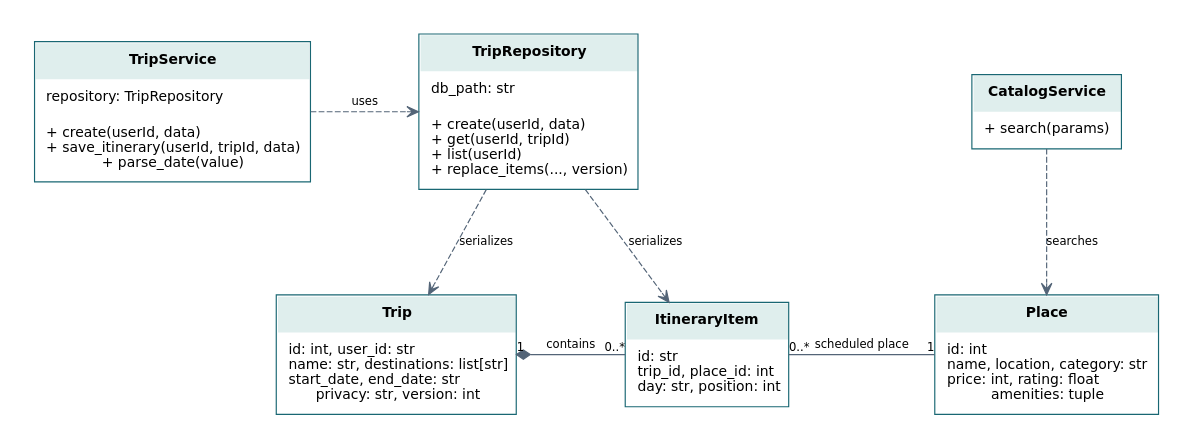
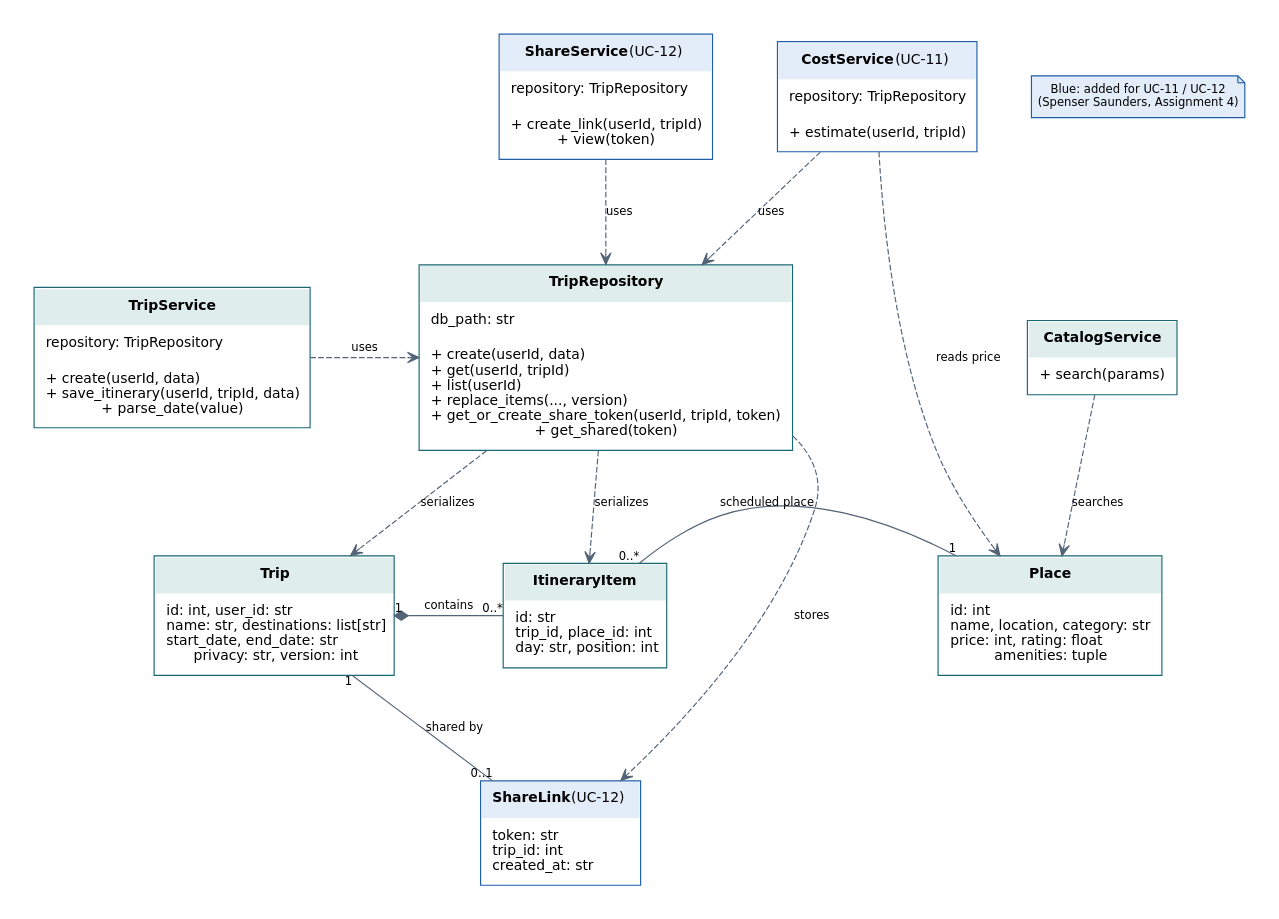
One commit to ArshiyaFathimaAK/Hermes changed the diagram in modules/trip-planning/docs/design_classes.dot. Above: the diagram before and after it, drawn with Graphviz. The commit also changed 21 other files, not shown here.

First line of the commit message:
Add UC-11 trip cost estimate and UC-12 share link

```diff
--- a/modules/trip-planning/docs/design_classes.dot
+++ b/modules/trip-planning/docs/design_classes.dot
@@ -1,19 +1,29 @@
 digraph Hermes {
 graph [rankdir=TB,bgcolor="white",nodesep=0.65,ranksep=1.1,pad=0.3];
 node [shape=plain,fontname="DejaVu Sans",fontsize=12];
 edge [fontname="DejaVu Sans",fontsize=10,color="#536477"];
 CatalogService [label=<<TABLE BORDER="1" CELLBORDER="0" CELLSPACING="0" CELLPADDING="9" COLOR="#196773"><TR><TD BGCOLOR="#dfeeed"><B>CatalogService</B></TD></TR><TR><TD ALIGN="LEFT">+ search(params)</TD></TR></TABLE>>];
 TripService [label=<<TABLE BORDER="1" CELLBORDER="0" CELLSPACING="0" CELLPADDING="9" COLOR="#196773"><TR><TD BGCOLOR="#dfeeed"><B>TripService</B></TD></TR><TR><TD ALIGN="LEFT">repository: TripRepository</TD></TR><TR><TD ALIGN="LEFT">+ create(userId, data)<BR ALIGN="LEFT"/>+ save_itinerary(userId, tripId, data)<BR ALIGN="LEFT"/>+ parse_date(value)</TD></TR></TABLE>>];
-TripRepository [label=<<TABLE BORDER="1" CELLBORDER="0" CELLSPACING="0" CELLPADDING="9" COLOR="#196773"><TR><TD BGCOLOR="#dfeeed"><B>TripRepository</B></TD></TR><TR><TD ALIGN="LEFT">db_path: str</TD></TR><TR><TD ALIGN="LEFT">+ create(userId, data)<BR ALIGN="LEFT"/>+ get(userId, tripId)<BR ALIGN="LEFT"/>+ list(userId)<BR ALIGN="LEFT"/>+ replace_items(..., version)</TD></TR></TABLE>>];
+TripRepository [label=<<TABLE BORDER="1" CELLBORDER="0" CELLSPACING="0" CELLPADDING="9" COLOR="#196773"><TR><TD BGCOLOR="#dfeeed"><B>TripRepository</B></TD></TR><TR><TD ALIGN="LEFT">db_path: str</TD></TR><TR><TD ALIGN="LEFT">+ create(userId, data)<BR ALIGN="LEFT"/>+ get(userId, tripId)<BR ALIGN="LEFT"/>+ list(userId)<BR ALIGN="LEFT"/>+ replace_items(..., version)<BR ALIGN="LEFT"/>+ get_or_create_share_token(userId, tripId, token)<BR ALIGN="LEFT"/>+ get_shared(token)</TD></TR></TABLE>>];
 Place [label=<<TABLE BORDER="1" CELLBORDER="0" CELLSPACING="0" CELLPADDING="9" COLOR="#196773"><TR><TD BGCOLOR="#dfeeed"><B>Place</B></TD></TR><TR><TD ALIGN="LEFT">id: int<BR ALIGN="LEFT"/>name, location, category: str<BR ALIGN="LEFT"/>price: int, rating: float<BR ALIGN="LEFT"/>amenities: tuple</TD></TR></TABLE>>];
 ItineraryItem [label=<<TABLE BORDER="1" CELLBORDER="0" CELLSPACING="0" CELLPADDING="9" COLOR="#196773"><TR><TD BGCOLOR="#dfeeed"><B>ItineraryItem</B></TD></TR><TR><TD ALIGN="LEFT">id: str<BR ALIGN="LEFT"/>trip_id, place_id: int<BR ALIGN="LEFT"/>day: str, position: int</TD></TR></TABLE>>];
 Trip [label=<<TABLE BORDER="1" CELLBORDER="0" CELLSPACING="0" CELLPADDING="9" COLOR="#196773"><TR><TD BGCOLOR="#dfeeed"><B>Trip</B></TD></TR><TR><TD ALIGN="LEFT">id: int, user_id: str<BR ALIGN="LEFT"/>name: str, destinations: list[str]<BR ALIGN="LEFT"/>start_date, end_date: str<BR ALIGN="LEFT"/>privacy: str, version: int</TD></TR></TABLE>>];
 {rank=same; CatalogService; TripService; TripRepository;}
 {rank=same; Place; ItineraryItem; Trip;}
 CatalogService -> Place [style=dashed,label="searches",arrowhead=open];
 TripService -> TripRepository [style=dashed,label="uses",arrowhead=open];
 TripRepository -> Trip [style=dashed,label="serializes",arrowhead=open];
 TripRepository -> ItineraryItem [style=dashed,label="serializes",arrowhead=open];
 Trip -> ItineraryItem [dir=both,arrowtail=diamond,arrowhead=none,taillabel="1",headlabel="0..*",label="contains"];
 ItineraryItem -> Place [dir=none,taillabel="0..*",headlabel="1",label="scheduled place"];
+CostService [label=<<TABLE BORDER="1" CELLBORDER="0" CELLSPACING="0" CELLPADDING="9" COLOR="#1F5FA8"><TR><TD BGCOLOR="#e3ecf9"><B>CostService</B> (UC-11)</TD></TR><TR><TD ALIGN="LEFT">repository: TripRepository</TD></TR><TR><TD ALIGN="LEFT">+ estimate(userId, tripId)</TD></TR></TABLE>>];
+ShareService [label=<<TABLE BORDER="1" CELLBORDER="0" CELLSPACING="0" CELLPADDING="9" COLOR="#1F5FA8"><TR><TD BGCOLOR="#e3ecf9"><B>ShareService</B> (UC-12)</TD></TR><TR><TD ALIGN="LEFT">repository: TripRepository</TD></TR><TR><TD ALIGN="LEFT">+ create_link(userId, tripId)<BR ALIGN="LEFT"/>+ view(token)</TD></TR></TABLE>>];
+ShareLink [label=<<TABLE BORDER="1" CELLBORDER="0" CELLSPACING="0" CELLPADDING="9" COLOR="#1F5FA8"><TR><TD BGCOLOR="#e3ecf9"><B>ShareLink</B> (UC-12)</TD></TR><TR><TD ALIGN="LEFT">token: str<BR ALIGN="LEFT"/>trip_id: int<BR ALIGN="LEFT"/>created_at: str</TD></TR></TABLE>>];
+Legend [shape=note,style=filled,fillcolor="#e3ecf9",color="#1F5FA8",fontsize=10,label="Blue: added for UC-11 / UC-12\n(Spenser Saunders, Assignment 4)"];
+{rank=same; CostService; ShareService; Legend;}
+CostService -> TripRepository [style=dashed,label="uses",arrowhead=open];
+ShareService -> TripRepository [style=dashed,label="uses",arrowhead=open];
+CostService -> Place [style=dashed,label="reads price",arrowhead=open];
+Trip -> ShareLink [dir=none,taillabel="1",headlabel="0..1",label="shared by"];
+TripRepository -> ShareLink [style=dashed,label="stores",arrowhead=open];
 }
```
